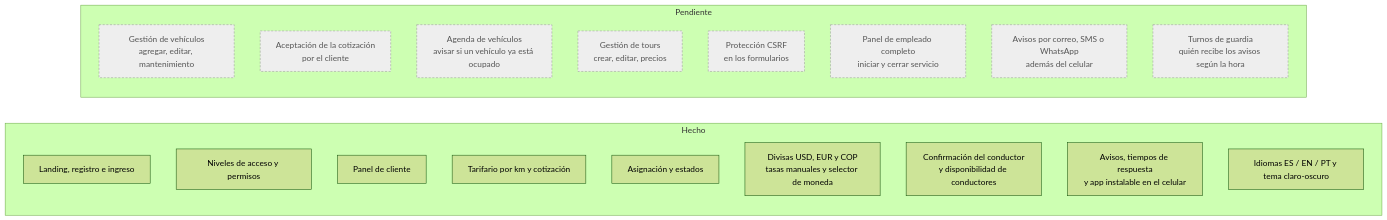
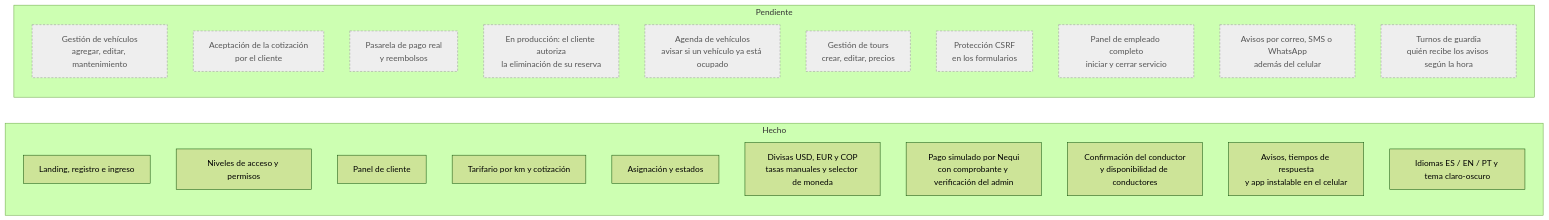
Before and after one commit to RafaG86/ProyectoDSB: the sixth of 6 diagrams in DIAGRAMA-FLUJO.md, drawn with Mermaid (forest theme). The commit also changed other lines of this file and 23 other files, not shown here.

````diff
--- a/DIAGRAMA-FLUJO.md
+++ b/DIAGRAMA-FLUJO.md
@@ -227,27 +240,30 @@
 ```mermaid
 flowchart LR
     subgraph Hecho
         H1[Landing, registro e ingreso]
         H2[Niveles de acceso y permisos]
         H3[Panel de cliente]
         H4[Tarifario por km y cotización]
         H5[Asignación y estados]
         H7[Divisas USD, EUR y COP<br/>tasas manuales y selector de moneda]
+        H10[Pago simulado por Nequi<br/>con comprobante y verificación del admin]
         H9[Confirmación del conductor<br/>y disponibilidad de conductores]
         H8[Avisos, tiempos de respuesta<br/>y app instalable en el celular]
         H6[Idiomas ES / EN / PT y tema claro-oscuro]
     end
 
     subgraph Pendiente
         P1[Gestión de vehículos<br/>agregar, editar, mantenimiento]:::pend
         P2[Aceptación de la cotización<br/>por el cliente]:::pend
+        P9[Pasarela de pago real<br/>y reembolsos]:::pend
+        P10[En producción: el cliente autoriza<br/>la eliminación de su reserva]:::pend
         P3[Agenda de vehículos<br/>avisar si un vehículo ya está ocupado]:::pend
         P4[Gestión de tours<br/>crear, editar, precios]:::pend
         P5[Protección CSRF<br/>en los formularios]:::pend
         P6[Panel de empleado completo<br/>iniciar y cerrar servicio]:::pend
         P7[Avisos por correo, SMS o WhatsApp<br/>además del celular]:::pend
         P8[Turnos de guardia<br/>quién recibe los avisos según la hora]:::pend
     end
 
     classDef pend fill:#eee,stroke:#999,stroke-dasharray: 4 3,color:#555;
 ```
````
